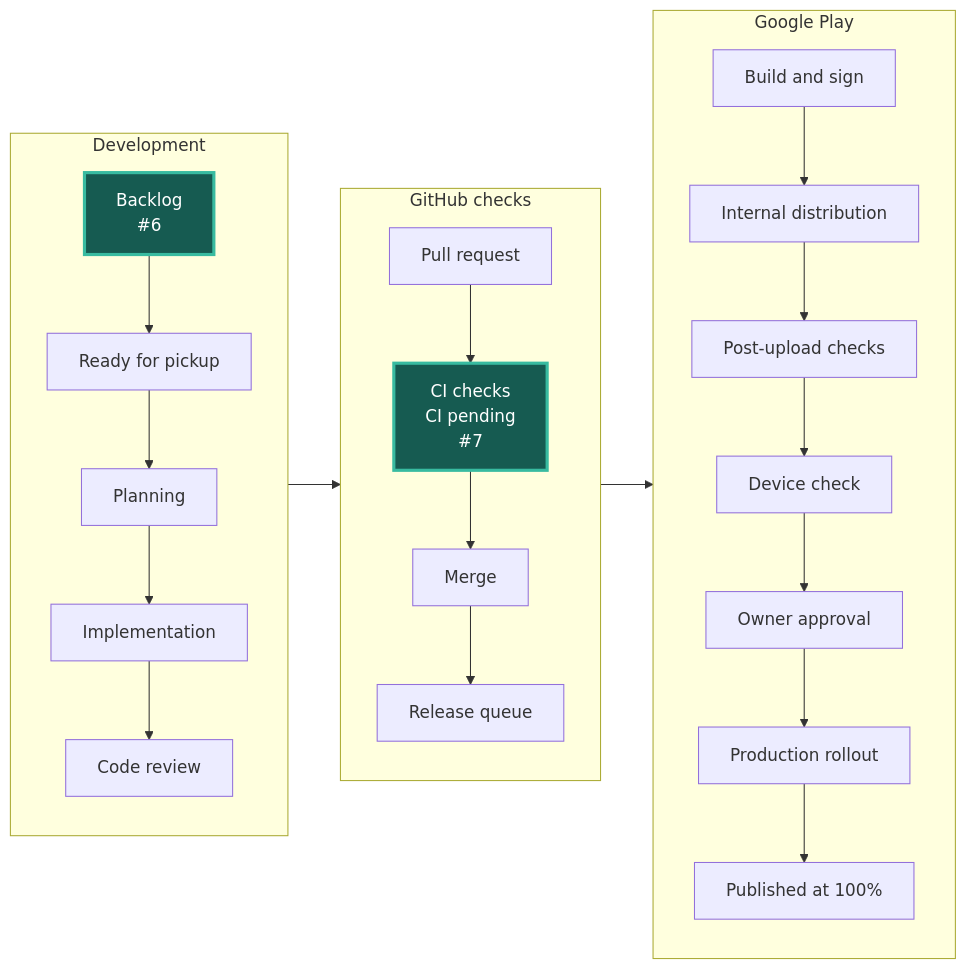
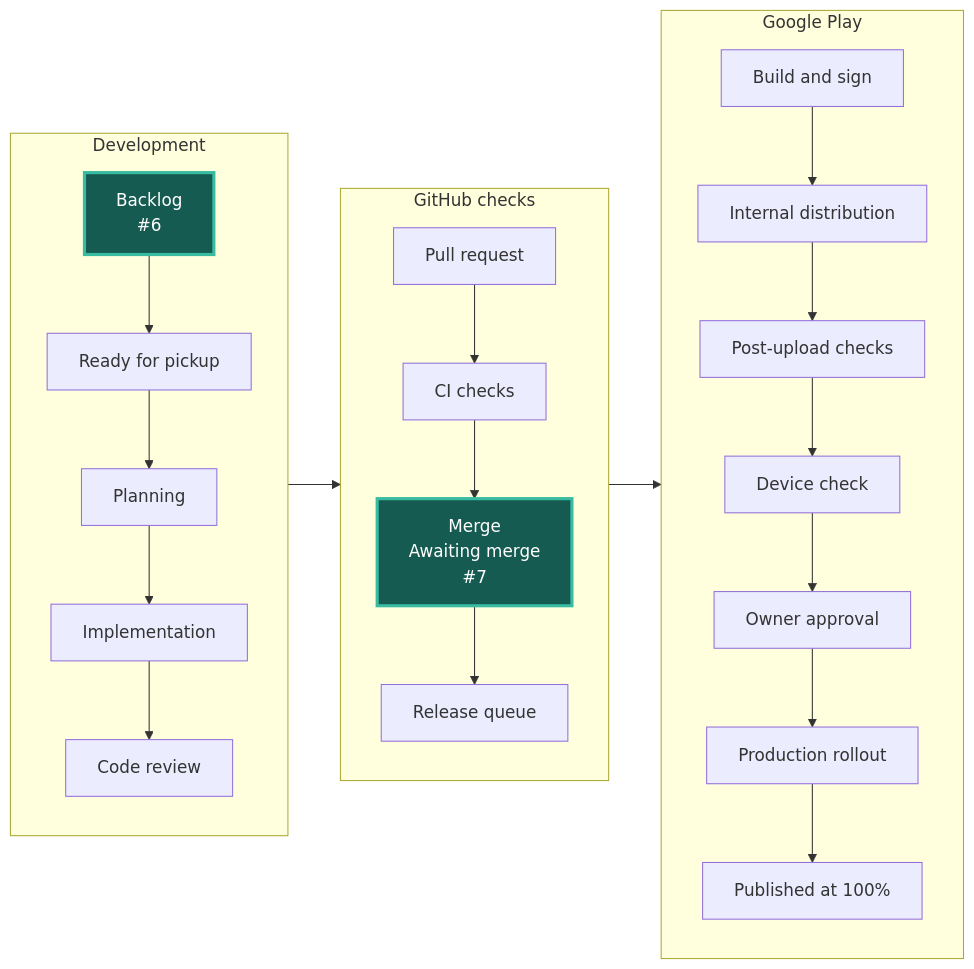
The diagram in STATUS.md (Oziomajnr/ChessTournamentManager), drawn with Mermaid before and after one commit. The commit also changed other lines of this file and 1 other file, not shown here.

Commit message:
Refresh issue delivery graph

````diff
--- a/STATUS.md
+++ b/STATUS.md
@@ -5,35 +5,35 @@
 ```mermaid
 flowchart LR
     accTitle: Current issue positions in the delivery workflow
     accDescr: Development flows into GitHub checks and Google Play. Each issue number appears at its current step.
     subgraph development["Development"]
         direction TB
         backlog["Backlog<br/>#6"]:::occupied
         ready["Ready for pickup"]
         plan["Planning"]
         code["Implementation"]
         review["Code review"]
         backlog --> ready --> plan --> code --> review
     end
     subgraph integration["GitHub checks"]
         direction TB
         pull["Pull request"]
-        ci["CI checks<br/>CI pending<br/>#7"]:::occupied
-        merge["Merge"]
+        ci["CI checks"]
+        merge["Merge<br/>Awaiting merge<br/>#7"]:::occupied
         queue["Release queue"]
         pull --> ci --> merge --> queue
     end
     subgraph distribution["Google Play"]
         direction TB
         build["Build and sign"]
         internal["Internal distribution"]
         reports["Post-upload checks"]
         device["Device check"]
         approval["Owner approval"]
         rollout["Production rollout"]
         published["Published at 100%"]
         build --> internal --> reports --> device --> approval --> rollout --> published
     end
     development --> integration --> distribution
     classDef occupied fill:#165b51,color:#ffffff,stroke:#38bba0,stroke-width:3px
 ```
````
